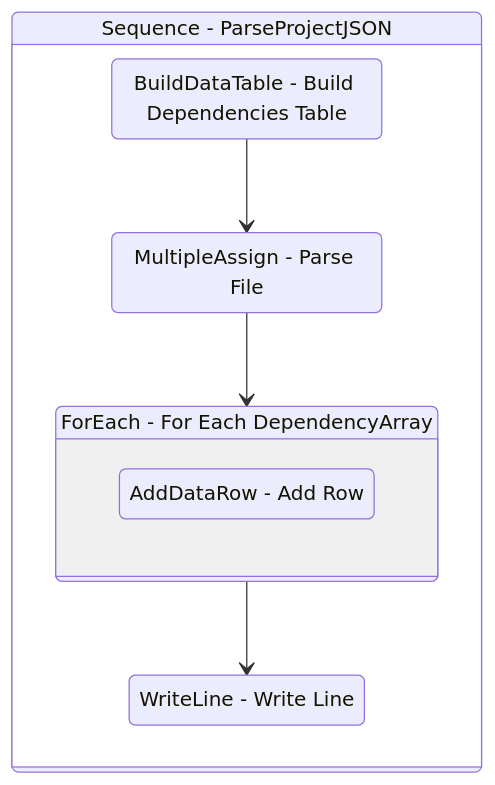
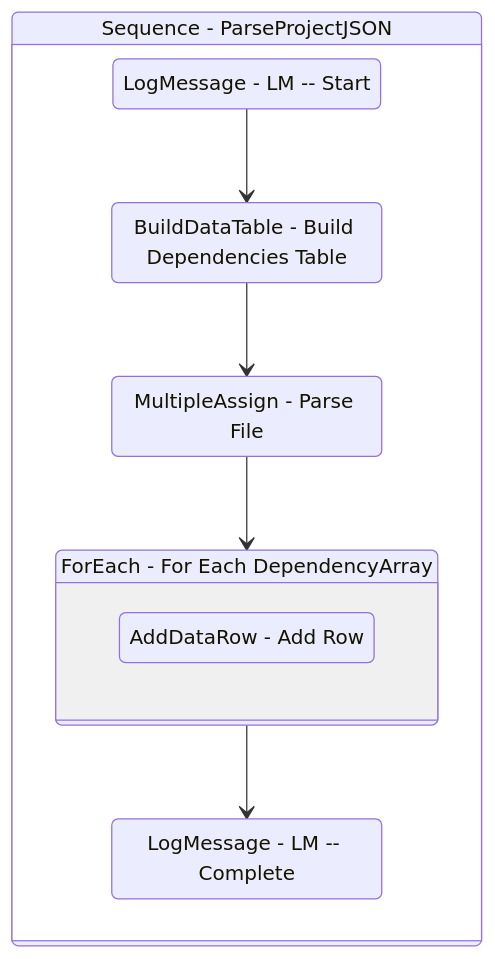
The diagram in Documentation/AutoDocs/ParseProjectJSON.md (yashbrahmbhatt/LazyFramework), drawn with Mermaid before and after one commit. The commit also changed other lines of this file and 58 other files, not shown here.

````diff
--- a/Documentation/AutoDocs/ParseProjectJSON.md
+++ b/Documentation/AutoDocs/ParseProjectJSON.md
@@ -156,20 +141,22 @@
 ```mermaid
 stateDiagram-v2
 
 
 Sequence_1: Sequence - ParseProjectJSON
 state Sequence_1 {
 direction TB
+LogMessage_1 : LogMessage - LM -- Start
 BuildDataTable_2 : BuildDataTable - Build Dependencies Table
+LogMessage_1 --> BuildDataTable_2
 MultipleAssign_1 : MultipleAssign - Parse File
 BuildDataTable_2 --> MultipleAssign_1
 MultipleAssign_1 --> ForEach1_1
 ForEach1_1: ForEach - For Each DependencyArray
 state ForEach1_1 {
 direction TB
 AddDataRow_2 : AddDataRow - Add Row
 }
-WriteLine_1 : WriteLine - Write Line
-ForEach1_1 --> WriteLine_1
+LogMessage_2 : LogMessage - LM -- Complete
+ForEach1_1 --> LogMessage_2
 }
 ```
````
